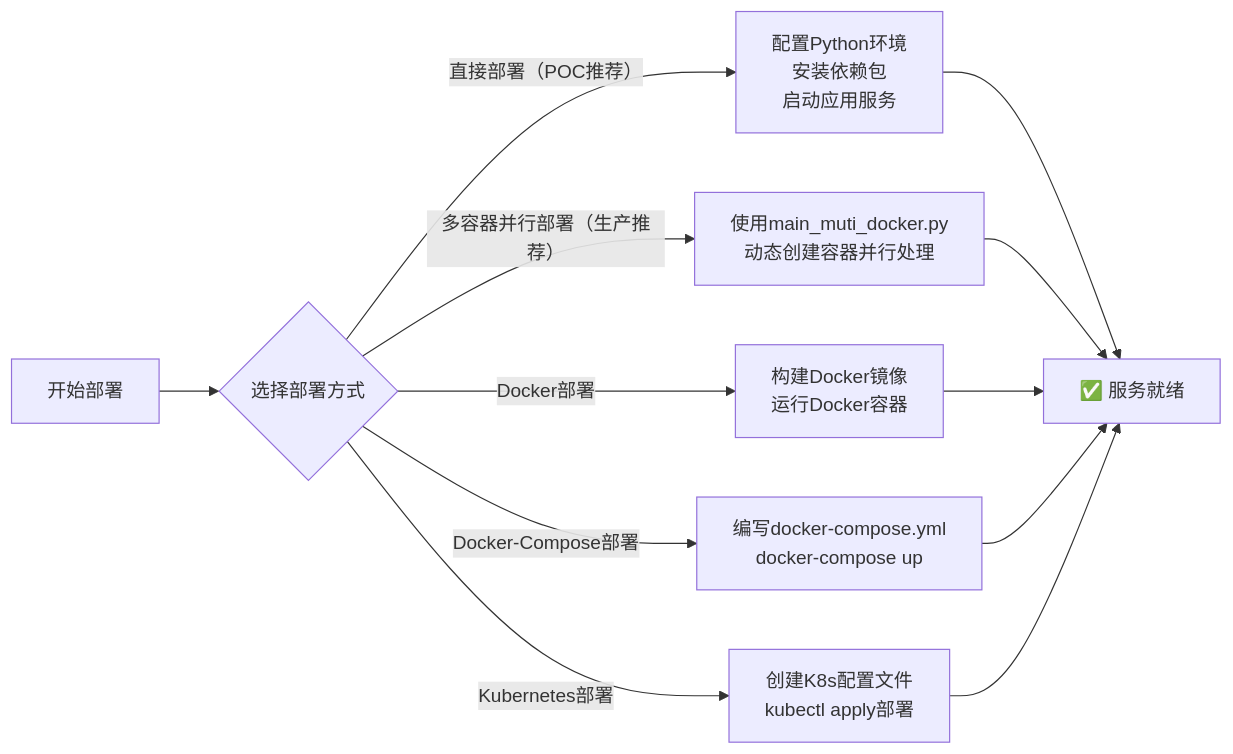
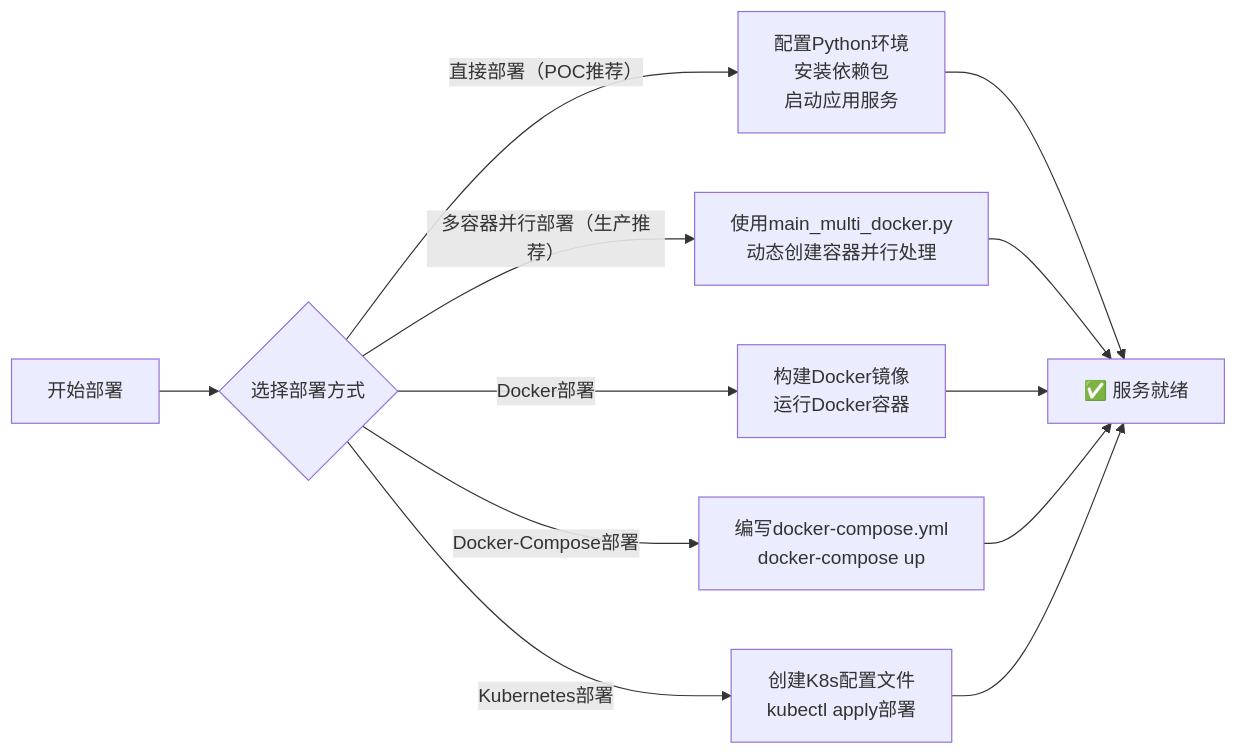
One commit to Hor1zonZzz/convert2pdf_server changed the first of 2 diagrams in README.md. Above: the diagram before and after it, drawn with Mermaid. The commit also changed other lines of this file and 1 other file, not shown here.

Commit message:
Rename main_muti_docker.py to main_multi_docker.py and update doc muti error name.
Remove the temp http Server and use starlette to replace

````diff
--- a/README.md
+++ b/README.md
@@ -64,17 +64,17 @@
 ```mermaid
 graph LR
   START[开始部署] --> CHOOSE{选择部署方式}
 
   CHOOSE -->|直接部署（POC推荐）| DIRECT[配置Python环境<br/>安装依赖包<br/>启动应用服务]
-  CHOOSE -->|多容器并行部署（生产推荐）| MULTI[使用main_muti_docker.py<br/>动态创建容器并行处理]
+  CHOOSE -->|多容器并行部署（生产推荐）| MULTI[使用main_multi_docker.py<br/>动态创建容器并行处理]
   CHOOSE -->|Docker部署| DOCKER[构建Docker镜像<br/>运行Docker容器]
   CHOOSE -->|Docker-Compose部署| COMPOSE[编写docker-compose.yml<br/>docker-compose up]
   
   CHOOSE -->|Kubernetes部署| K8S[创建K8s配置文件<br/>kubectl apply部署]
 
   DIRECT --> READY[✅ 服务就绪]
   MULTI --> READY
   DOCKER --> READY
   COMPOSE --> READY
   K8S --> READY
 ```
````
